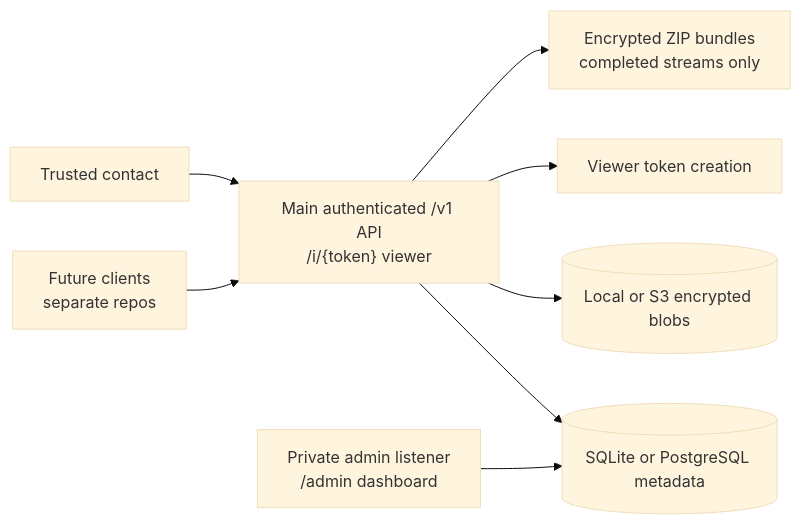
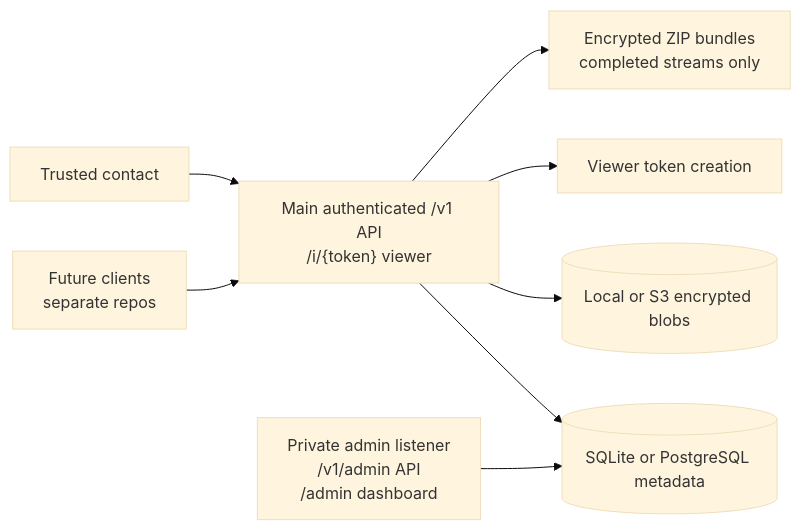
Before and after one commit to TheSilkky/safety-recorder: the diagram in README.md, drawn with Mermaid (base theme). The commit also changed other lines of this file and 19 other files, not shown here.

Commit message:
Move admin API routes to private listener (#208)

````diff
--- a/README.md
+++ b/README.md
@@ -156,10 +156,10 @@
 ```mermaid
 flowchart LR
     FutureClients["Future clients<br/>separate repos"] --> Main["Main authenticated /v1 API<br/>/i/{token} viewer"]
     Main --> DB[(SQLite or PostgreSQL metadata)]
     Main --> Blobs[(Local or S3 encrypted blobs)]
     Main --> Tokens["Viewer token creation"]
     Contact["Trusted contact"] --> Main
     Main --> Bundles["Encrypted ZIP bundles<br/>completed streams only"]
-    Admin["Private admin listener<br/>/admin dashboard"] --> DB
+    Admin["Private admin listener<br/>/v1/admin API<br/>/admin dashboard"] --> DB
 ```
````
